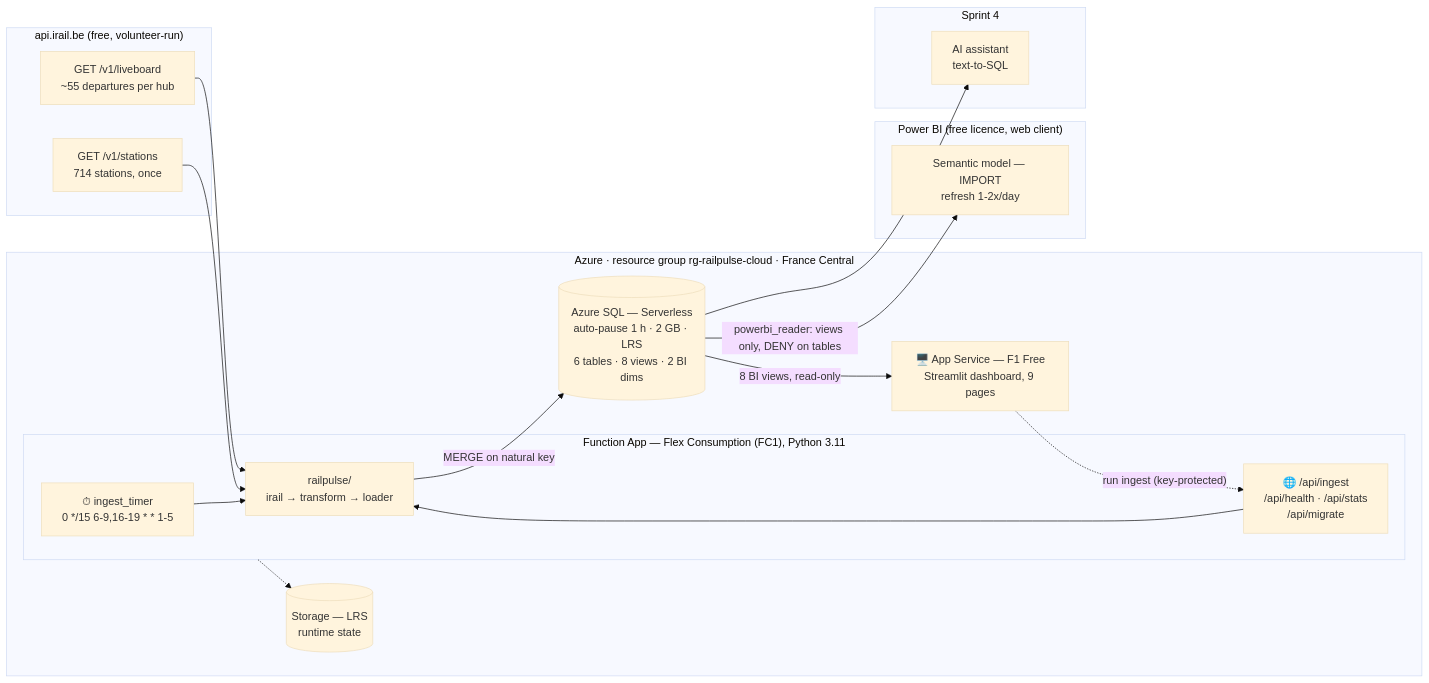
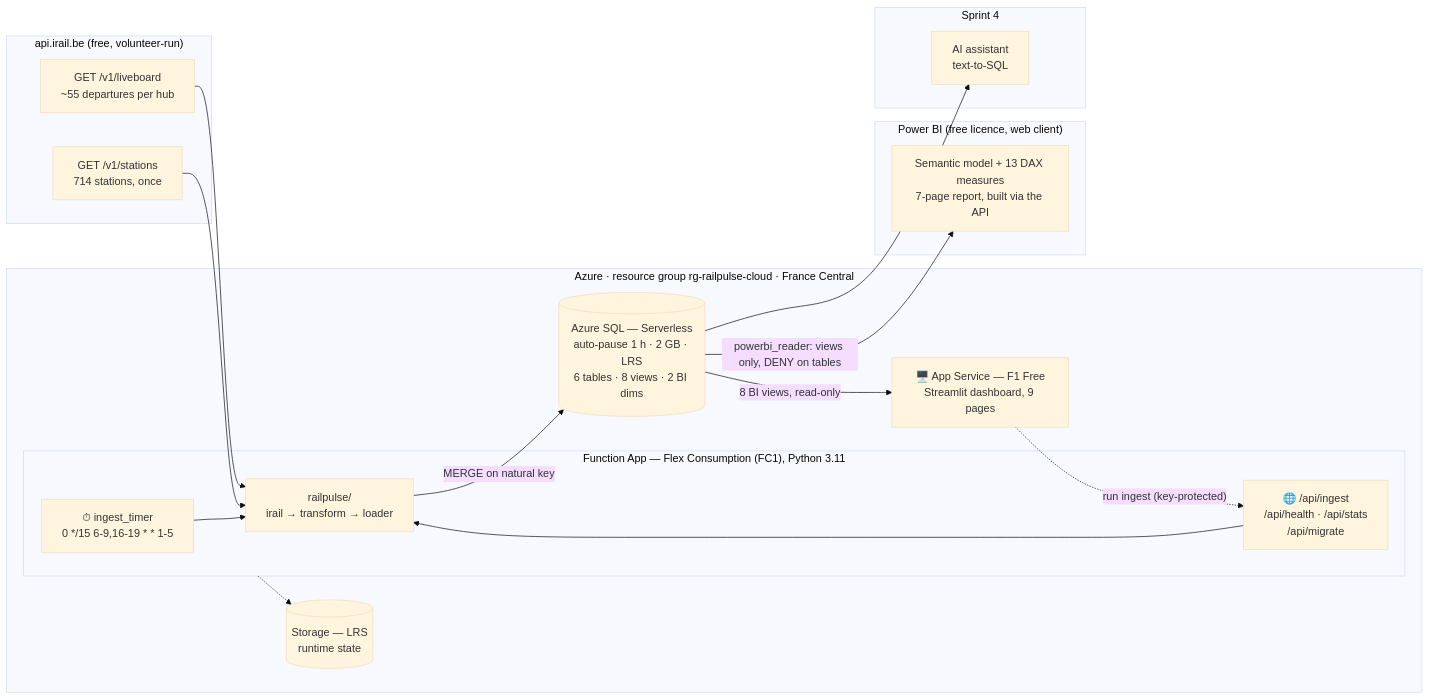
The first of 2 diagrams in README.md (stepvda/railpulse_cloud), drawn with Mermaid (base theme) before and after one commit. The commit also changed other lines of this file and 5 other files, not shown here.

````diff
--- a/README.md
+++ b/README.md
@@ -36,37 +36,37 @@
 ```mermaid
 flowchart LR
     subgraph external["api.irail.be  (free, volunteer-run)"]
         LB["GET /v1/liveboard<br/>~55 departures per hub"]
         ST["GET /v1/stations<br/>714 stations, once"]
     end
 
     subgraph azure["Azure · resource group rg-railpulse-cloud · France Central"]
         subgraph fn["Function App — Flex Consumption (FC1), Python 3.11"]
             TIMER["⏱ ingest_timer<br/>0 */15 6-9,16-19 * * 1-5"]
             HTTP["🌐 /api/ingest<br/>/api/health · /api/stats<br/>/api/migrate"]
             CODE["railpulse/<br/>irail → transform → loader"]
         end
         SQL[("Azure SQL — Serverless<br/>auto-pause 1 h · 2 GB · LRS<br/>6 tables · 8 views · 2 BI dims")]
         STORE[("Storage — LRS<br/>runtime state")]
         WEB["🖥️ App Service — F1 Free<br/>Streamlit dashboard, 9 pages"]
     end
 
     subgraph bi["Power BI (free licence, web client)"]
-        PBI["Semantic model — IMPORT<br/>refresh 1-2x/day"]
+        PBI["Semantic model + 13 DAX measures<br/>7-page report, built via the API"]
     end
 
     subgraph next["Sprint 4"]
         AI["AI assistant<br/>text-to-SQL"]
     end
 
     LB --> CODE
     ST --> CODE
     TIMER --> CODE
     HTTP --> CODE
     CODE -- "MERGE on natural key" --> SQL
     fn -.-> STORE
     SQL -- "8 BI views, read-only" --> WEB
     WEB -. "run ingest (key-protected)" .-> HTTP
     SQL -- "powerbi_reader: views only, DENY on tables" --> PBI
     SQL --> AI
 ```
````
